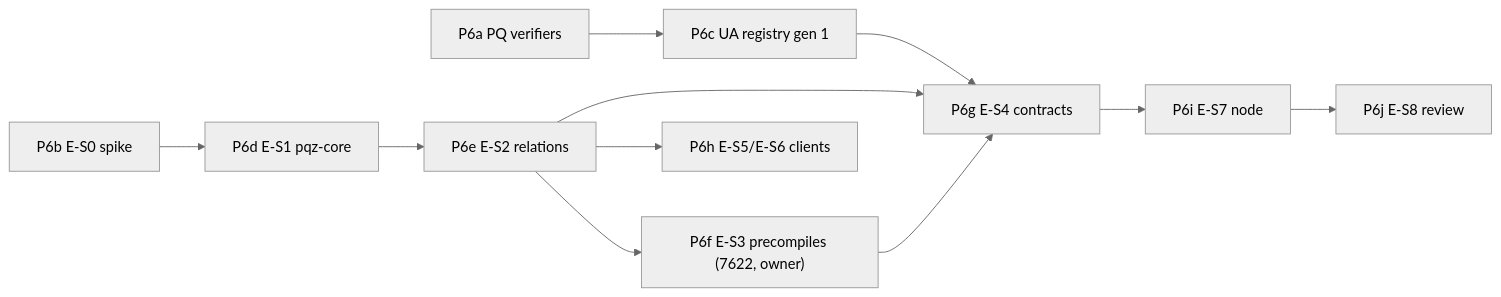
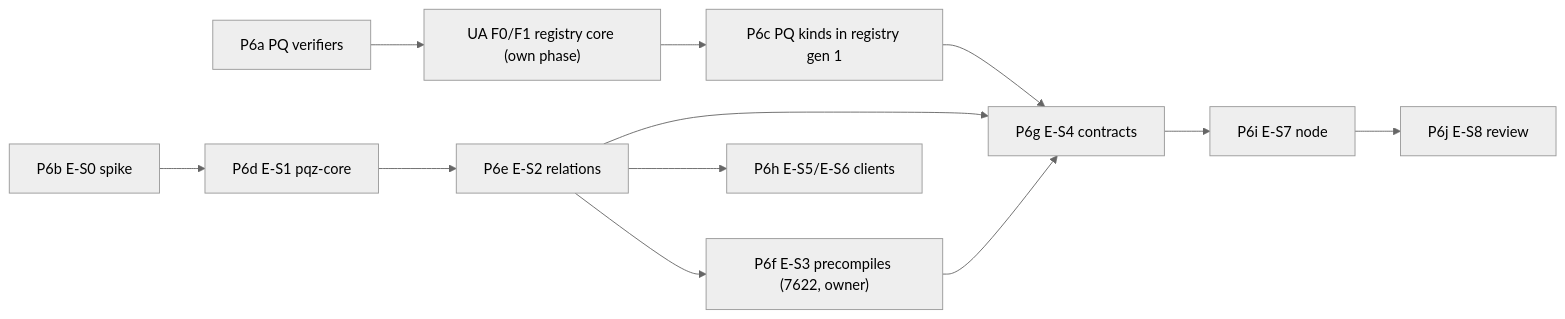
The diagram in docs/superpowers/plans/2026-10-12-p6-roadmap.md (dinhduongha/scaas), drawn with Mermaid (neutral theme) before and after one commit. The commit also changed other lines of this file and 2 other files, not shown here.

````diff
--- a/docs/superpowers/plans/2026-10-12-p6-roadmap.md
+++ b/docs/superpowers/plans/2026-10-12-p6-roadmap.md
@@ -52,13 +52,14 @@
 ```mermaid
 flowchart LR
-  P6a["P6a PQ verifiers"] --> P6c["P6c UA registry gen 1"]
+  P6a["P6a PQ verifiers"] --> UAF["UA F0/F1 registry core (own phase)"]
+  UAF --> P6c["P6c PQ kinds in registry gen 1"]
   P6b["P6b E-S0 spike"] --> P6d["P6d E-S1 pqz-core"]
   P6d --> P6e["P6e E-S2 relations"]
   P6e --> P6f["P6f E-S3 precompiles (7622, owner)"]
   P6c --> P6g["P6g E-S4 contracts"]
   P6e --> P6g
   P6f --> P6g
   P6e --> P6h["P6h E-S5/E-S6 clients"]
   P6g --> P6i["P6i E-S7 node"]
   P6i --> P6j["P6j E-S8 review"]
 ```
````
